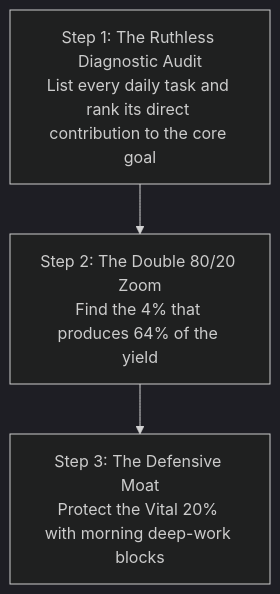
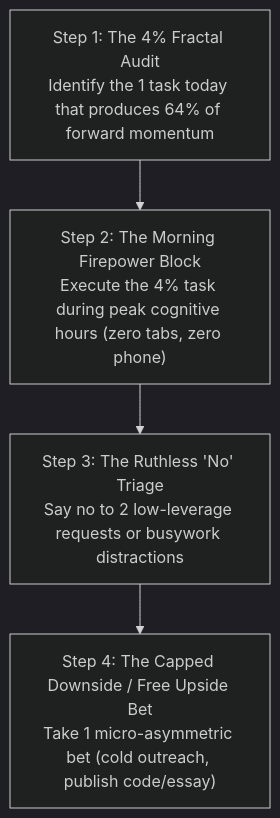
Before and after one commit to vs00918/ytdecoded: the fifth of 5 diagrams in src/content/topics/asymmetric-leverage-and-the-pareto-principle.md, drawn with Mermaid (dark theme). The commit also changed other lines of this file and 1 other file, not shown here.

````diff
--- a/src/content/topics/asymmetric-leverage-and-the-pareto-principle.md
+++ b/src/content/topics/asymmetric-leverage-and-the-pareto-principle.md
@@ -107,7 +183,7 @@
 ```mermaid
 graph TD
-    S1["Step 1: The Ruthless Diagnostic Audit<br>List every daily task and rank its direct contribution to the core goal"]
-    --> S2["Step 2: The Double 80/20 Zoom<br>Find the 4% that produces 64% of the yield"]
-    --> S3["Step 3: The Defensive Moat<br>Protect the Vital 20% with morning deep-work blocks"]
-
+    H1["Step 1: The 4% Fractal Audit<br>Identify the 1 task today that produces 64% of forward momentum"]
+    --> H2["Step 2: The Morning Firepower Block<br>Execute the 4% task during peak cognitive hours (zero tabs, zero phone)"]
+    --> H3["Step 3: The Ruthless 'No' Triage<br>Say no to 2 low-leverage requests or busywork distractions"]
+    --> H4["Step 4: The Capped Downside / Free Upside Bet<br>Take 1 micro-asymmetric bet (cold outreach, publish code/essay)"]
 ```
````
